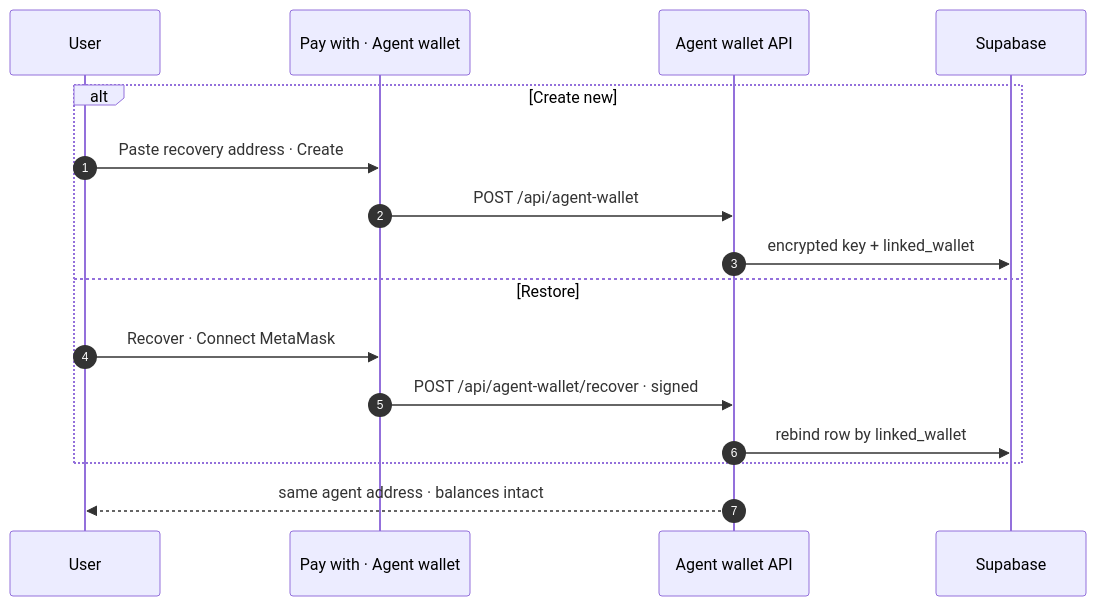
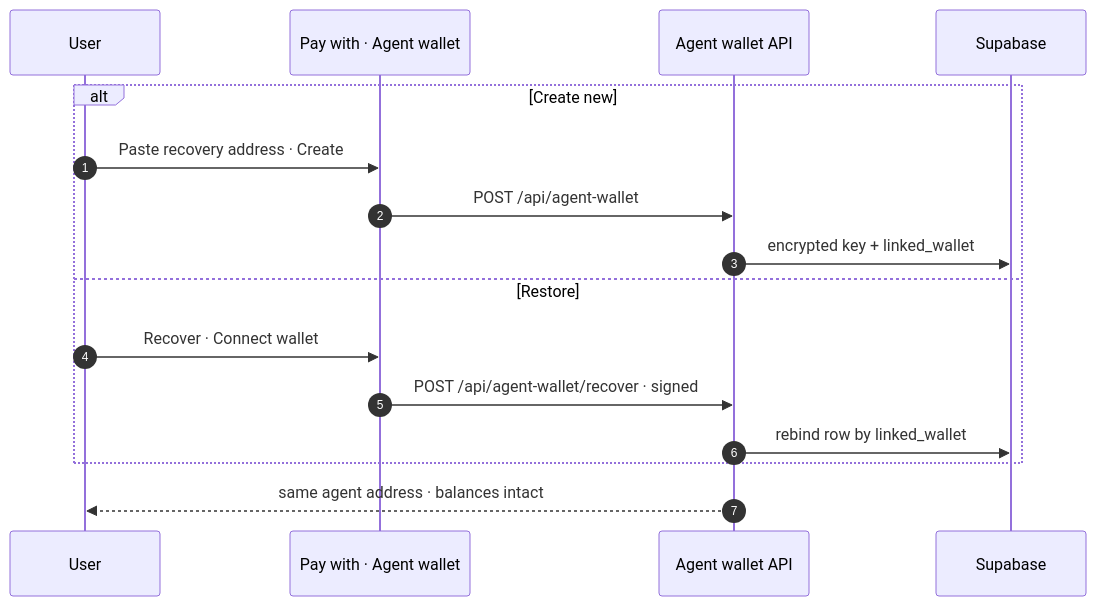
The fourth of 5 diagrams in README.md (rudazy/citation-agent), drawn with Mermaid before and after one commit. The commit also changed other lines of this file and 28 other files, not shown here.

Commit message:
WalletConnect for mobile

````diff
--- a/README.md
+++ b/README.md
@@ -139,19 +139,19 @@
 ```mermaid
 sequenceDiagram
   autonumber
   participant User
   participant UI as Pay with · Agent wallet
   participant API as Agent wallet API
   participant DB as Supabase
 
   alt Create new
     User->>UI: Paste recovery address · Create
     UI->>API: POST /api/agent-wallet
     API->>DB: encrypted key + linked_wallet
   else Restore
-    User->>UI: Recover · Connect MetaMask
+    User->>UI: Recover · Connect wallet
     UI->>API: POST /api/agent-wallet/recover · signed
     API->>DB: rebind row by linked_wallet
   end
   API-->>User: same agent address · balances intact
 ```
````
